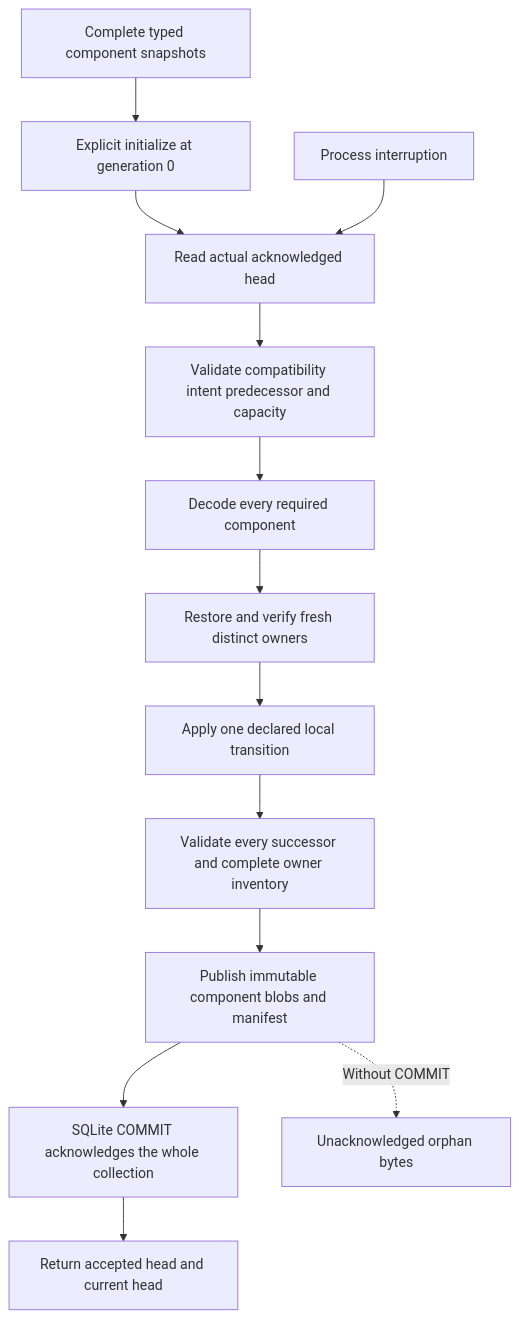
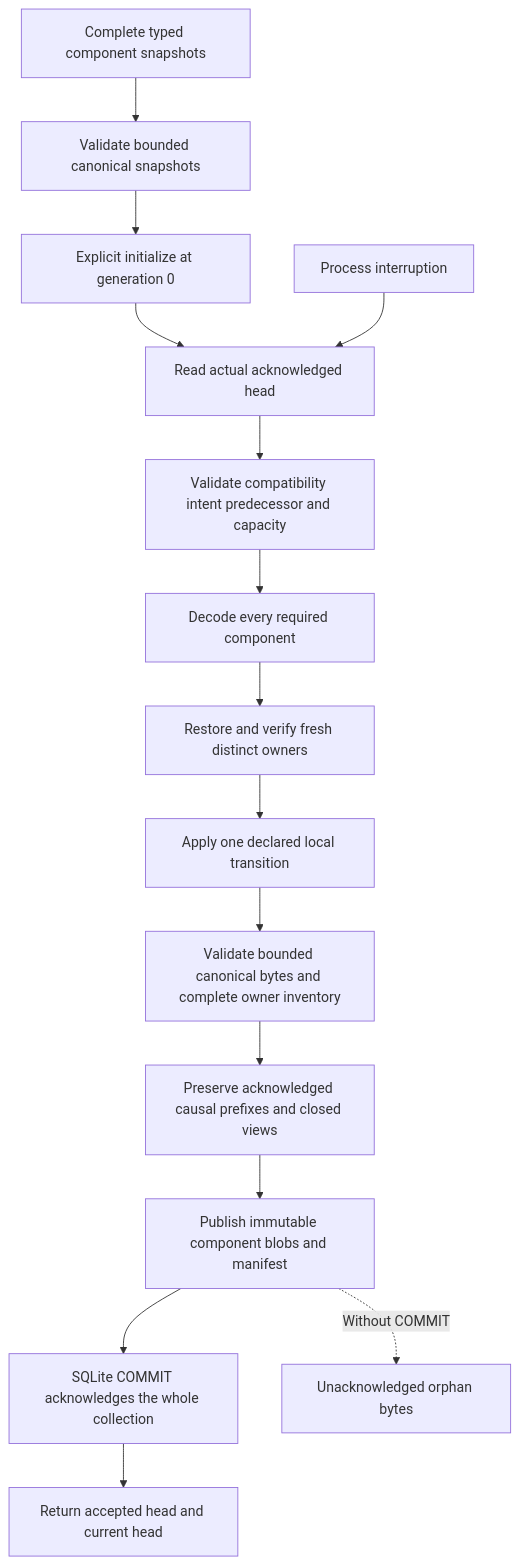
One commit to jacksonpradolima/coleman changed the diagram in docs/state-recovery.md. Above: the diagram before and after it, drawn with Mermaid. The commit also changed other lines of this file and 9 other files, not shown here.

Commit message:
fix(state): validate recoverable snapshots and causal successors

````diff
--- a/docs/state-recovery.md
+++ b/docs/state-recovery.md
@@ -109,15 +109,17 @@
 ```mermaid
 flowchart TD
-    Input[Complete typed component snapshots] --> Init[Explicit initialize at generation 0]
+    Input[Complete typed component snapshots] --> Admission[Validate bounded canonical snapshots]
+    Admission --> Init[Explicit initialize at generation 0]
     Init --> Head[Read actual acknowledged head]
     Head --> Gate[Validate compatibility intent predecessor and capacity]
     Gate --> Decode[Decode every required component]
     Decode --> Stage[Restore and verify fresh distinct owners]
     Stage --> Work[Apply one declared local transition]
-    Work --> Verify[Validate every successor and complete owner inventory]
-    Verify --> Blobs[Publish immutable component blobs and manifest]
+    Work --> Verify[Validate bounded canonical bytes and complete owner inventory]
+    Verify --> Causal[Preserve acknowledged causal prefixes and closed views]
+    Causal --> Blobs[Publish immutable component blobs and manifest]
     Blobs --> Commit[SQLite COMMIT acknowledges the whole collection]
     Commit --> Receipt[Return accepted head and current head]
     Crash[Process interruption] --> Head
     Blobs -. Without COMMIT .-> Orphan[Unacknowledged orphan bytes]
 ```
````
